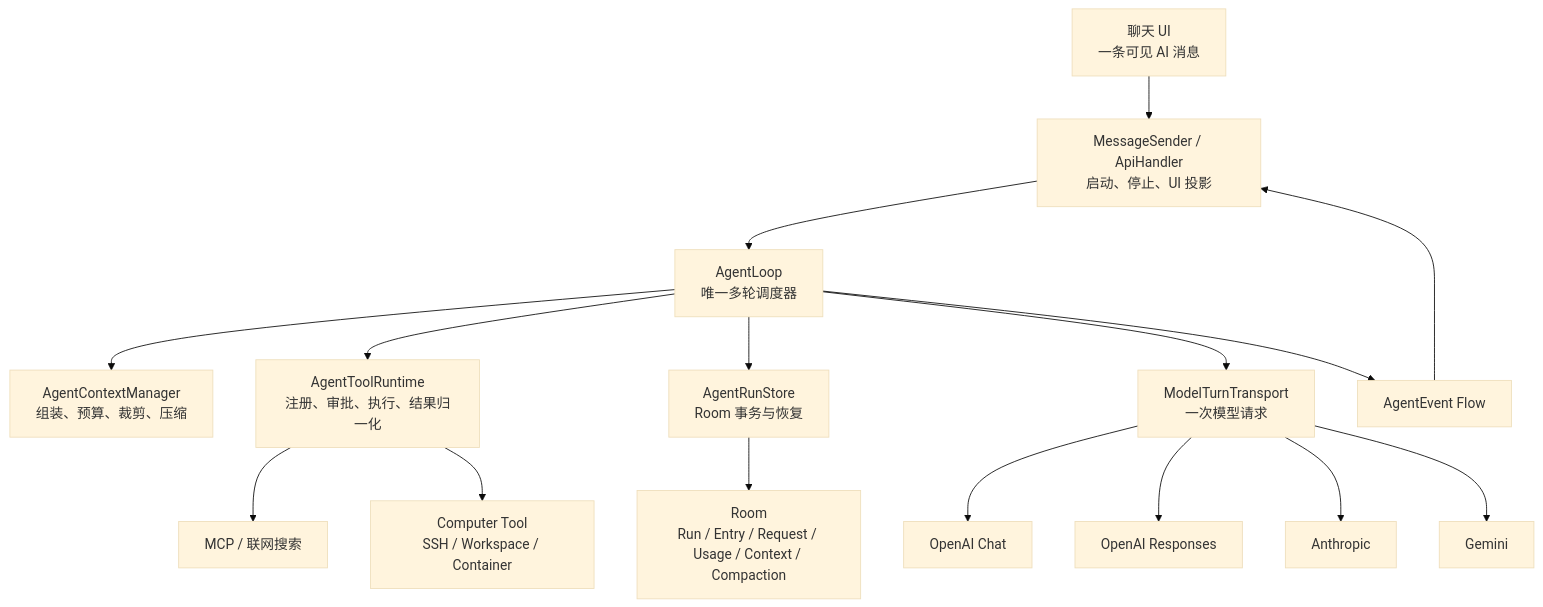
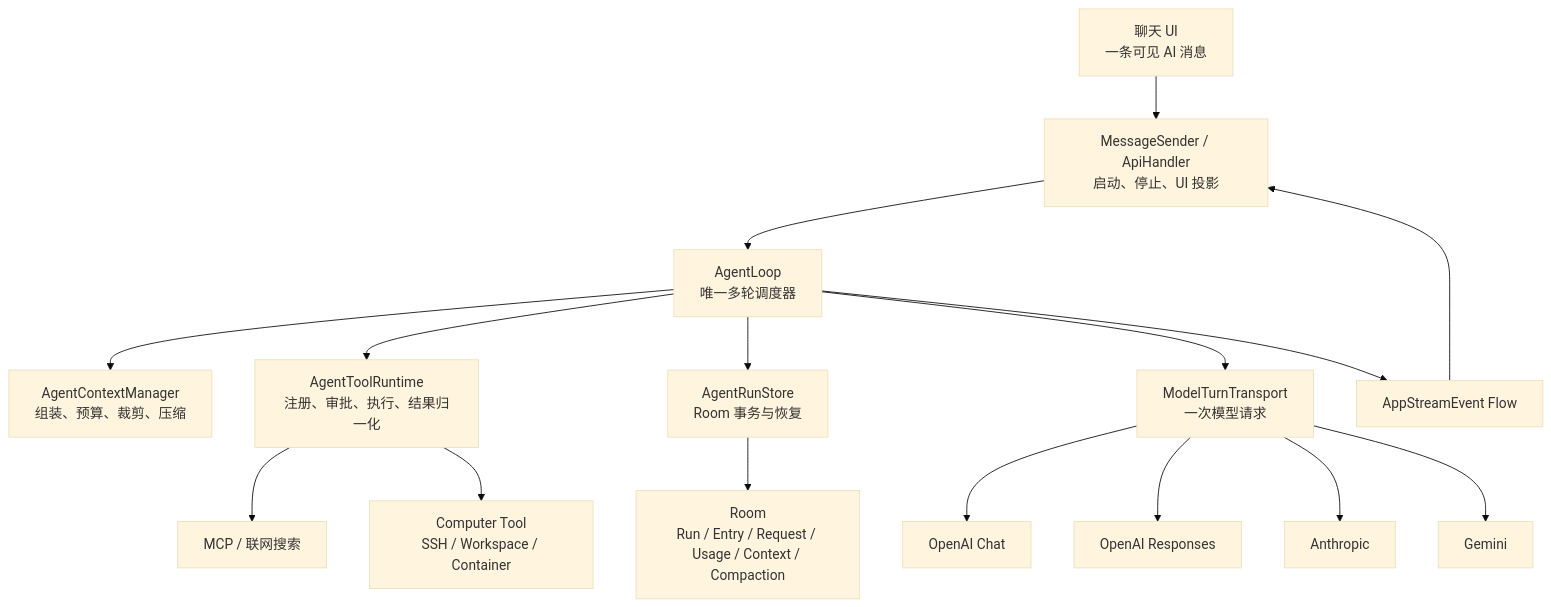
Before and after one commit to roseforljh/EveryTalk: the diagram in app1/docs/plans/Pi Agent架构改造计划.md, drawn with Mermaid (base theme). The commit also changed other lines of this file, not shown here.

Commit message:
docs: Pi Agent 架构改造计划标记完成

```diff
--- a/app1/docs/plans/Pi Agent架构改造计划.md
+++ b/app1/docs/plans/Pi Agent架构改造计划.md
@@ -185,22 +205,22 @@
 ~~~mermaid
 flowchart TD
     UI["聊天 UI<br/>一条可见 AI 消息"] --> Controller["MessageSender / ApiHandler<br/>启动、停止、UI 投影"]
     Controller --> Loop["AgentLoop<br/>唯一多轮调度器"]
 
     Loop --> Context["AgentContextManager<br/>组装、预算、裁剪、压缩"]
     Loop --> Tools["AgentToolRuntime<br/>注册、审批、执行、结果归一化"]
     Loop --> Store["AgentRunStore<br/>Room 事务与恢复"]
     Loop --> Transport["ModelTurnTransport<br/>一次模型请求"]
 
     Transport --> OpenAIChat["OpenAI Chat"]
     Transport --> OpenAIResponses["OpenAI Responses"]
     Transport --> Anthropic["Anthropic"]
     Transport --> Gemini["Gemini"]
 
     Tools --> MCP["MCP / 联网搜索"]
     Tools --> Computer["Computer Tool<br/>SSH / Workspace / Container"]
 
     Store --> Room["Room<br/>Run / Entry / Request / Usage / Context / Compaction"]
-    Loop --> Events["AgentEvent Flow"]
+    Loop --> Events["AppStreamEvent Flow"]
     Events --> Controller
 ~~~
```
